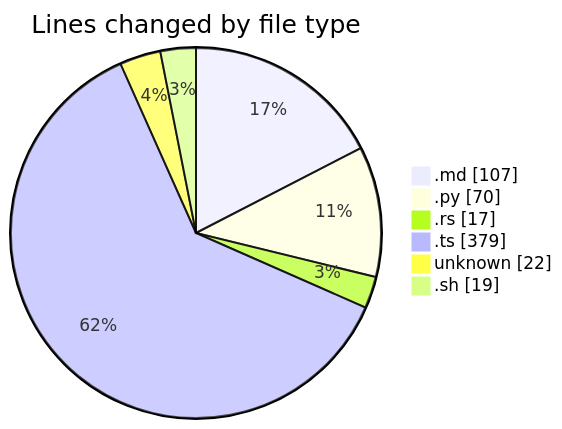
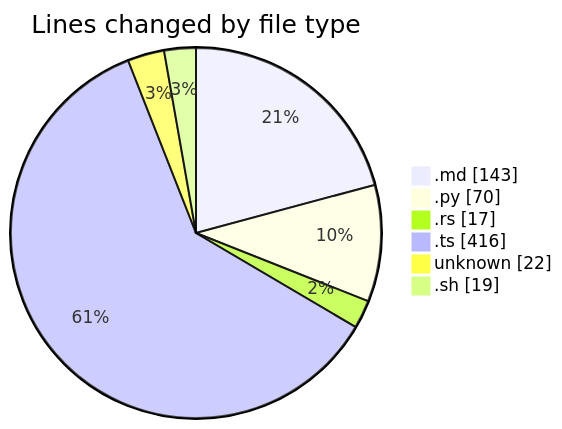
Before and after one commit to ernivani/code-tracking: the first of 2 diagrams in repositories/2024-12-28/leetcode-solutions/README.md, drawn with Mermaid. The commit also changed other lines of this file and 1 other file, not shown here.

````diff
--- a/repositories/2024-12-28/leetcode-solutions/README.md
+++ b/repositories/2024-12-28/leetcode-solutions/README.md
@@ -36,10 +38,10 @@
 ```mermaid
 pie showData
 title Lines changed by file type
-".md" : 107
+".md" : 143
 ".py" : 70
 ".rs" : 17
-".ts" : 379
+".ts" : 416
 "unknown" : 22
 ".sh" : 19
 ```
````
